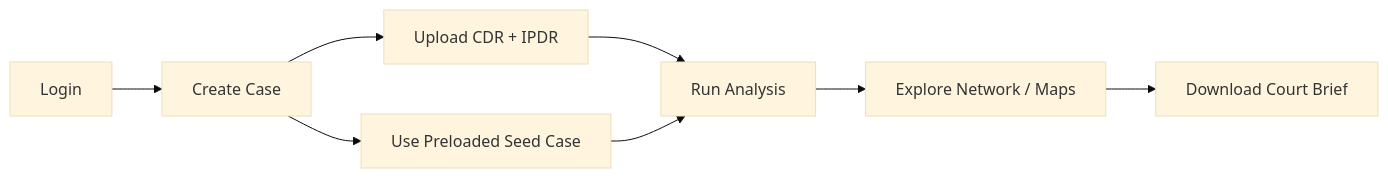
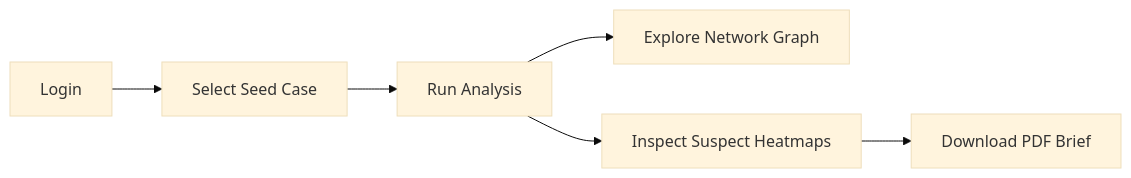
One commit to hydra-eng/trace changed the second of 2 diagrams in README.md. Above: the diagram before and after it, drawn with Mermaid (base theme). The commit also changed other lines of this file, not shown here.

````diff
--- a/README.md
+++ b/README.md
@@ -291,9 +250,8 @@
 ```mermaid
 flowchart LR
-    A[Login] --> B[Create Case]
-    B --> C[Upload CDR + IPDR]
-    B --> D[Use Preloaded Seed Case]
-    C & D --> E[Run Analysis]
-    E --> F[Explore Network / Maps]
-    F --> G[Download Court Brief]
+    A[Login] --> B[Select Seed Case]
+    B --> C[Run Analysis]
+    C --> D[Explore Network Graph]
+    C --> E[Inspect Suspect Heatmaps]
+    E --> F[Download PDF Brief]
 ```
````
